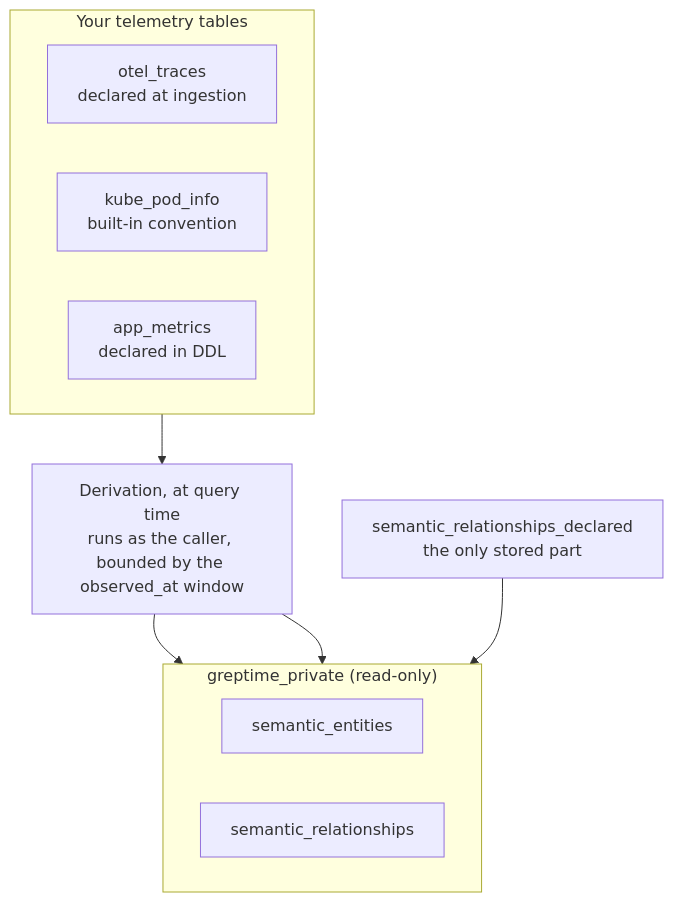
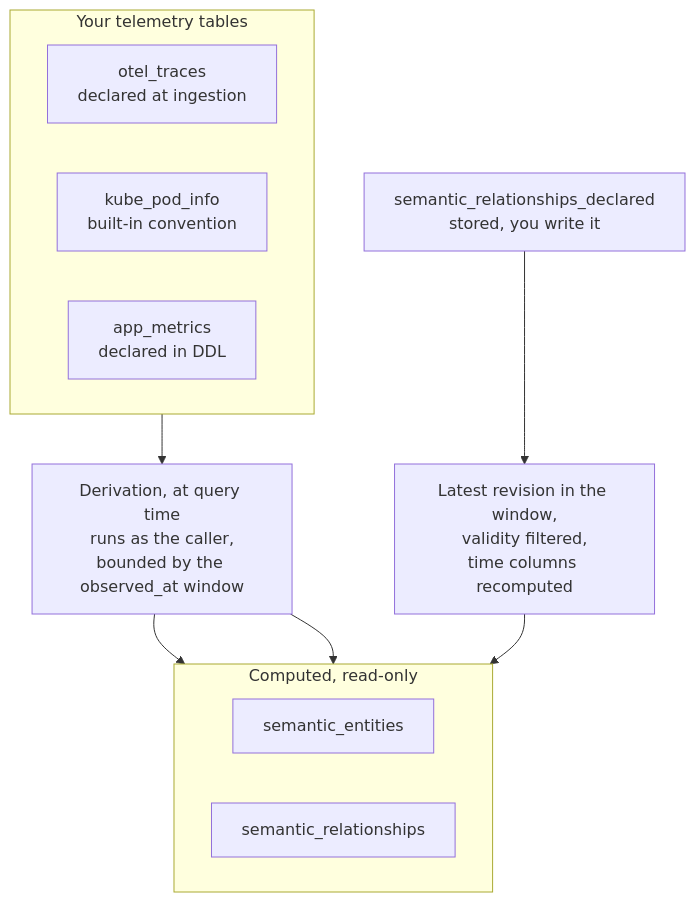
Before and after one commit to GreptimeTeam/docs: the diagram in docs/user-guide/concepts/semantic-layer.md, drawn with Mermaid. The commit also changed 3 other files, not shown here.

First line of the commit message:
docs: correct and rebalance the semantic graph diagrams

````diff
--- a/docs/user-guide/concepts/semantic-layer.md
+++ b/docs/user-guide/concepts/semantic-layer.md
@@ -54,24 +54,25 @@
 ```mermaid
 flowchart TB
     subgraph SRC["Your telemetry tables"]
         direction LR
         T1["otel_traces<br/>declared at ingestion"]
         T2["kube_pod_info<br/>built-in convention"]
         T3["app_metrics<br/>declared in DDL"]
     end
 
-    DER["Derivation, at query time<br/>runs as the caller, bounded by the observed_at window"]
+    DECL["semantic_relationships_declared<br/>stored, you write it"]
+    DER["Derivation, at query time<br/>runs as the caller,<br/>bounded by the observed_at window"]
+    RES["Latest revision in the window,<br/>validity filtered,<br/>time columns recomputed"]
 
-    subgraph OUT["greptime_private (read-only)"]
+    subgraph OUT["Computed, read-only"]
         direction LR
         E["semantic_entities"]
         R["semantic_relationships"]
     end
 
-    DECL["semantic_relationships_declared<br/>the only stored part"]
-
     SRC --> DER
+    DECL --> RES
     DER --> E
     DER --> R
-    DECL --> R
+    RES --> R
 ```
````
